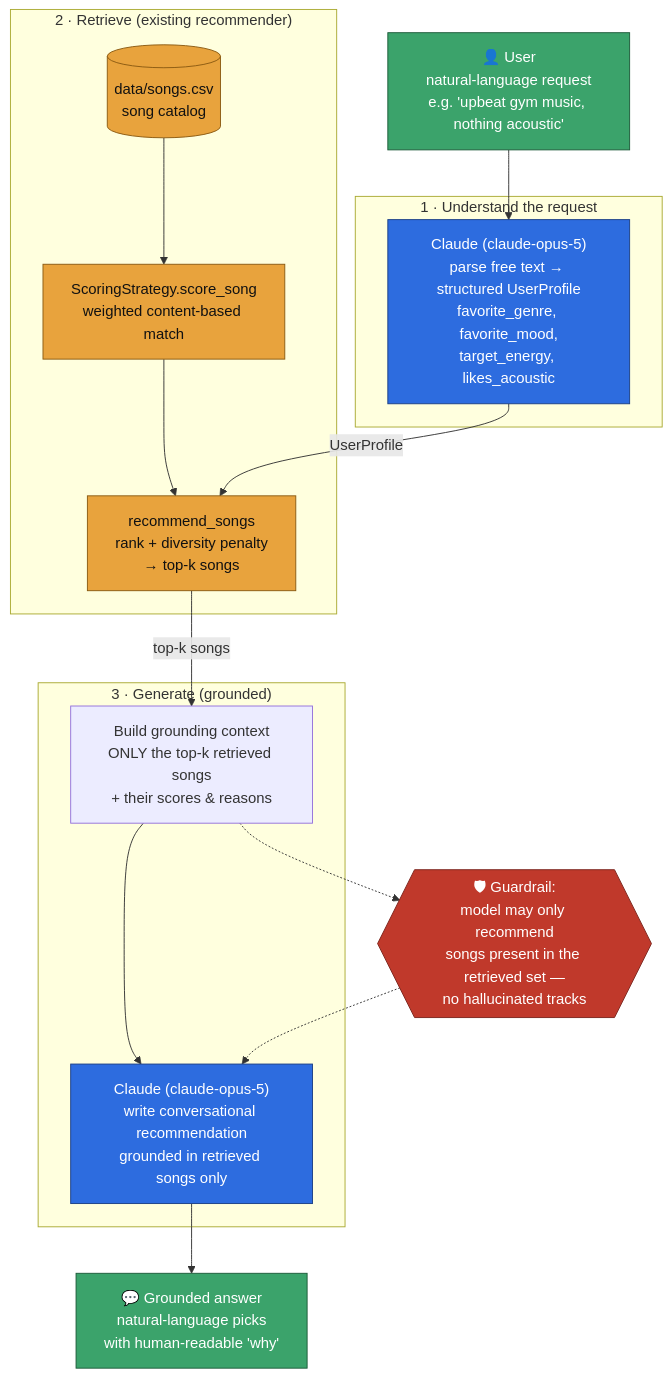
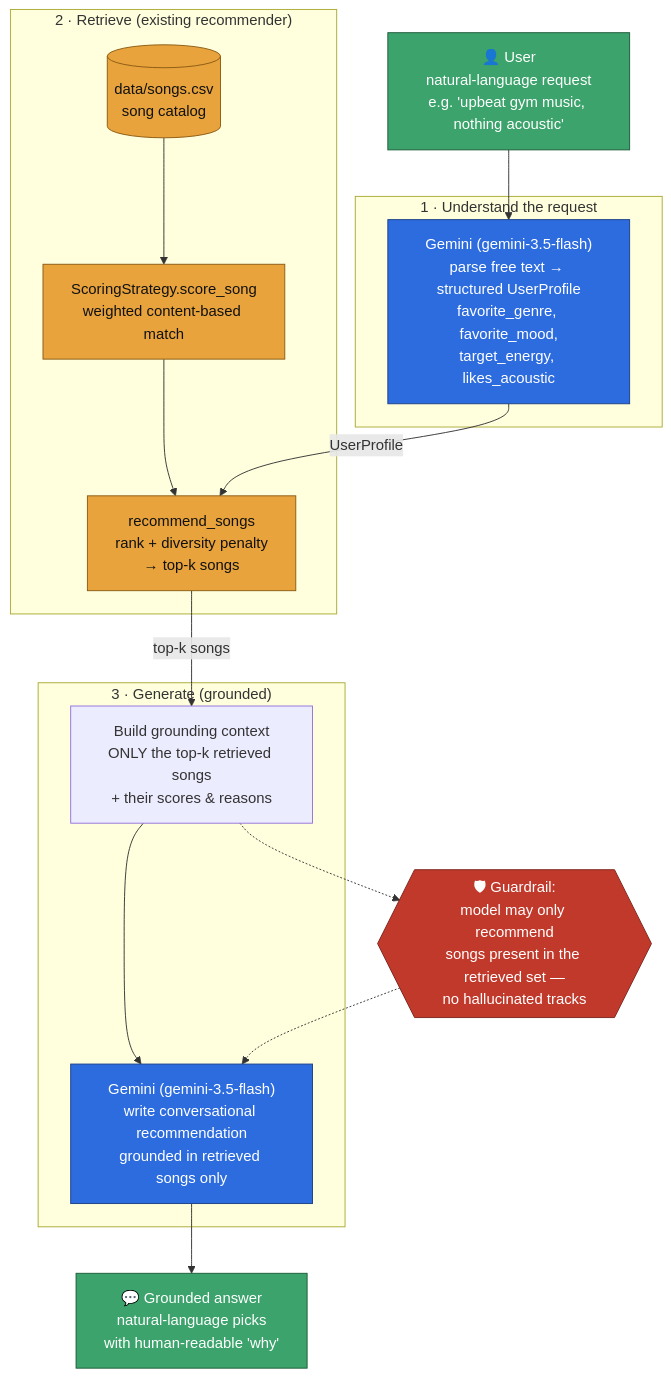
One commit to EthanRamdass/applied-ai-musicrec changed the diagram in assets/rag_architecture.md. Above: the diagram before and after it, drawn with Mermaid. The commit also changed other lines of this file and 9 other files, not shown here.

First line of the commit message:
@ Switch RAG layer from Claude to Google Gemini

````diff
--- a/assets/rag_architecture.md
+++ b/assets/rag_architecture.md
@@ -16,42 +16,42 @@
 ```mermaid
 flowchart TD
     User["👤 User<br/>natural-language request<br/>e.g. 'upbeat gym music, nothing acoustic'"]
 
     subgraph Parse["1 · Understand the request"]
-        LLM_Parse["Claude (claude-opus-5)<br/>parse free text → structured UserProfile<br/>favorite_genre, favorite_mood,<br/>target_energy, likes_acoustic"]
+        LLM_Parse["Gemini (gemini-3.5-flash)<br/>parse free text → structured UserProfile<br/>favorite_genre, favorite_mood,<br/>target_energy, likes_acoustic"]
     end
 
     subgraph Retrieve["2 · Retrieve (existing recommender)"]
         CSV[("data/songs.csv<br/>song catalog")]
         Scorer["ScoringStrategy.score_song<br/>weighted content-based match"]
         Ranker["recommend_songs<br/>rank + diversity penalty<br/>→ top-k songs"]
         CSV --> Scorer --> Ranker
     end
 
     subgraph Generate["3 · Generate (grounded)"]
         Context["Build grounding context<br/>ONLY the top-k retrieved songs<br/>+ their scores & reasons"]
-        LLM_Gen["Claude (claude-opus-5)<br/>write conversational recommendation<br/>grounded in retrieved songs only"]
+        LLM_Gen["Gemini (gemini-3.5-flash)<br/>write conversational recommendation<br/>grounded in retrieved songs only"]
         Context --> LLM_Gen
     end
 
     Answer["💬 Grounded answer<br/>natural-language picks<br/>with human-readable 'why'"]
 
     User --> LLM_Parse
     LLM_Parse -->|UserProfile| Ranker
     Ranker -->|top-k songs| Context
     LLM_Gen --> Answer
 
     %% Guardrail note
     Guard{{"🛡 Guardrail:<br/>model may only recommend<br/>songs present in the retrieved set —<br/>no hallucinated tracks"}}
     Context -.-> Guard
     Guard -.-> LLM_Gen
 
     classDef llm fill:#2d6cdf,stroke:#1b3f85,color:#fff;
     classDef data fill:#e8a33d,stroke:#8a5a12,color:#111;
     classDef io fill:#3ba36b,stroke:#1c5a38,color:#fff;
     classDef guard fill:#c0392b,stroke:#7b241c,color:#fff;
     class LLM_Parse,LLM_Gen llm;
     class CSV,Scorer,Ranker data;
     class User,Answer io;
     class Guard guard;
 ```
````
